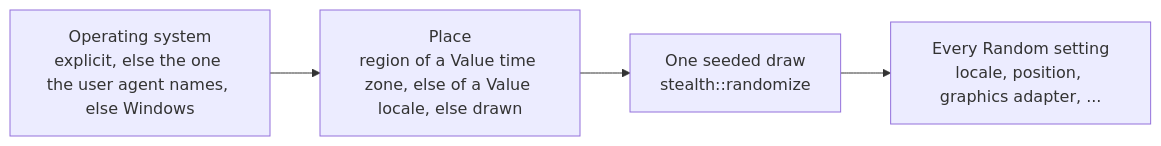
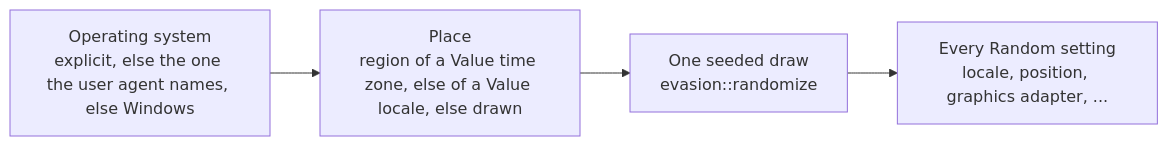
Before and after one commit to MustCodeAl/seleniumbase-rs: the diagram in docs/design/fingerprint-api-v2.md, drawn with Mermaid. The commit also changed other lines of this file and 33 other files, not shown here.

````diff
--- a/docs/design/fingerprint-api-v2.md
+++ b/docs/design/fingerprint-api-v2.md
@@ -210,6 +210,6 @@
 ```mermaid
 flowchart LR
     A["Operating system<br/>explicit, else the one the user agent names, else Windows"] --> B["Place<br/>region of a Value time zone, else of a Value locale, else drawn"]
-    B --> C["One seeded draw<br/>stealth::randomize"]
+    B --> C["One seeded draw<br/>evasion::randomize"]
     C --> D["Every Random setting<br/>locale, position, graphics adapter, ..."]
 ```
````
